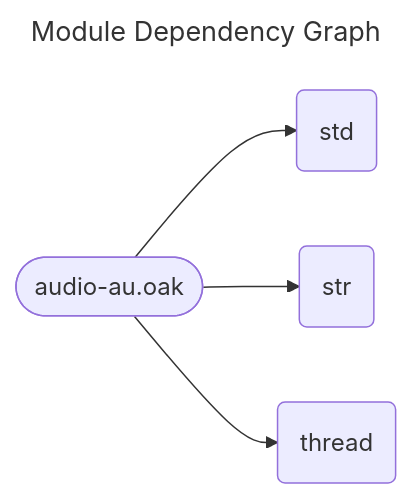
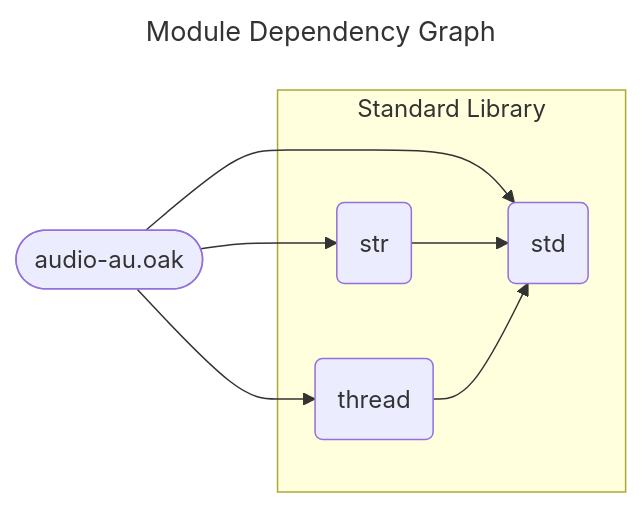
One commit to SpcFORK/magnolia changed the diagram in docs/spec/audio-au.mmd. Above: the diagram before and after it, drawn with Mermaid. The commit also changed 176 other files, not shown here.

First line of the commit message:
Enhance module dependency graphs and improve rendering logic

```diff
--- a/docs/spec/audio-au.mmd
+++ b/docs/spec/audio-au.mmd
@@ -1,11 +1,15 @@
 ---
 title: Module Dependency Graph
 ---
 flowchart LR
     lib_audio_au_oak(["audio-au.oak"])
-    std("std")
-    str("str")
-    thread("thread")
     lib_audio_au_oak --> std
     lib_audio_au_oak --> str
     lib_audio_au_oak --> thread
+    str --> std
+    thread --> std
+    subgraph stdlib_core ["Standard Library"]
+        std("std")
+        str("str")
+        thread("thread")
+    end
```
